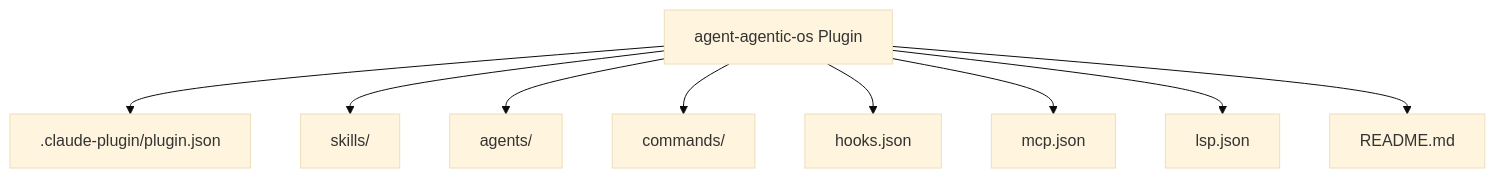
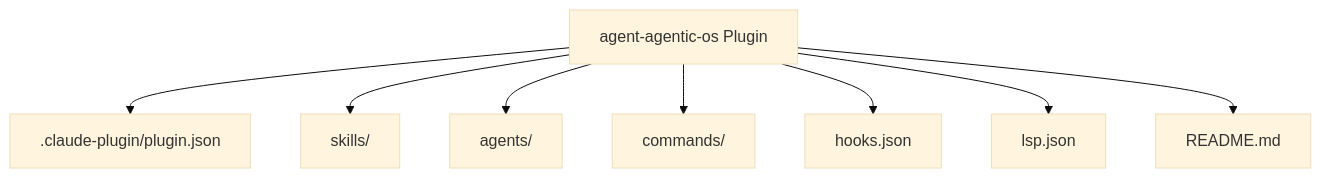
One commit to richfrem/agent-plugins-skills changed the diagram in plugins/agent-agentic-os/agent-agentic-os-architecture.mmd. Above: the diagram before and after it, drawn with Mermaid (base theme). The commit also changed 27 other files, not shown here.

```diff
--- a/plugins/agent-agentic-os/agent-agentic-os-architecture.mmd
+++ b/plugins/agent-agentic-os/agent-agentic-os-architecture.mmd
@@ -1,9 +1,8 @@
 graph TD
     A[agent-agentic-os Plugin] --> B[.claude-plugin/plugin.json]
     A --> C[skills/]
     A --> D[agents/]
     A --> E[commands/]
     A --> F[hooks.json]
-    A --> G[mcp.json]
-    A --> H[lsp.json]
+    A --> G[lsp.json]
     A --> I[README.md]
```
